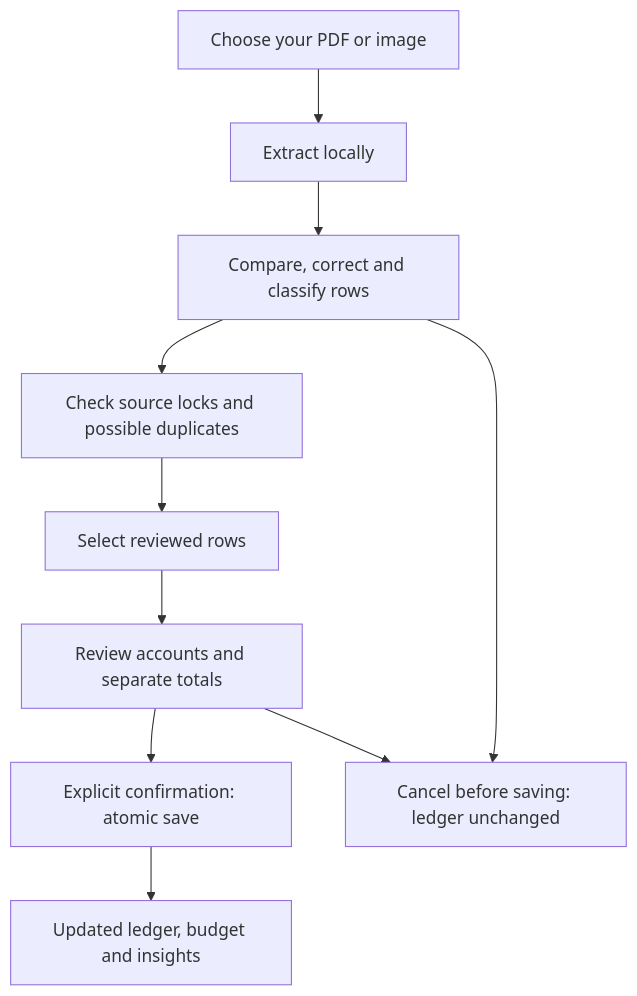
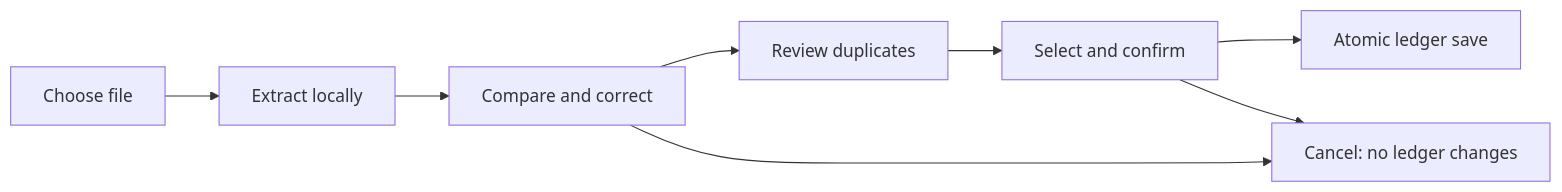
One commit to sean8911/bakibuddy changed the second of 2 diagrams in README.md. Above: the diagram before and after it, drawn with Mermaid. The commit also changed other lines of this file and 47 other files, not shown here.

````diff
--- a/README.md
+++ b/README.md
@@ -140,12 +143,10 @@
 ```mermaid
-flowchart TD
-    Pick["Choose your PDF or image"] --> Extract["Extract locally"]
-    Extract --> Edit["Compare, correct and classify rows"]
-    Edit --> Duplicates["Check source locks and possible duplicates"]
-    Duplicates --> Select["Select reviewed rows"]
-    Select --> Confirm["Review accounts and separate totals"]
-    Confirm --> Save["Explicit confirmation: atomic save"]
-    Save --> Ledger["Updated ledger, budget and insights"]
-    Edit --> Cancel["Cancel before saving: ledger unchanged"]
+flowchart LR
+    Choose["Choose file"] --> Extract["Extract locally"]
+    Extract --> Review["Compare and correct"]
+    Review --> Duplicates["Review duplicates"]
+    Duplicates --> Confirm["Select and confirm"]
+    Confirm --> Save["Atomic ledger save"]
+    Review --> Cancel["Cancel: no ledger changes"]
     Confirm --> Cancel
 ```
````
